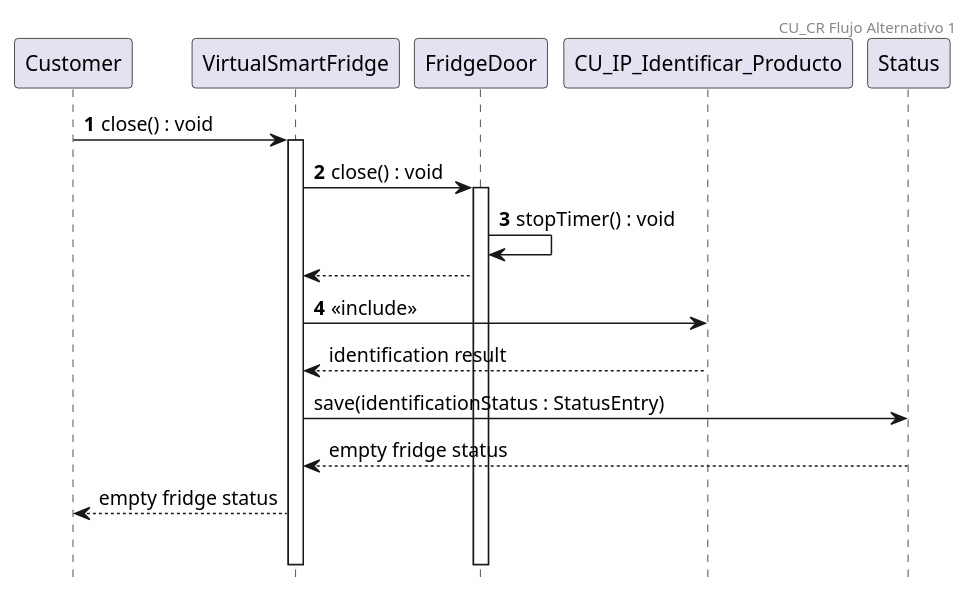
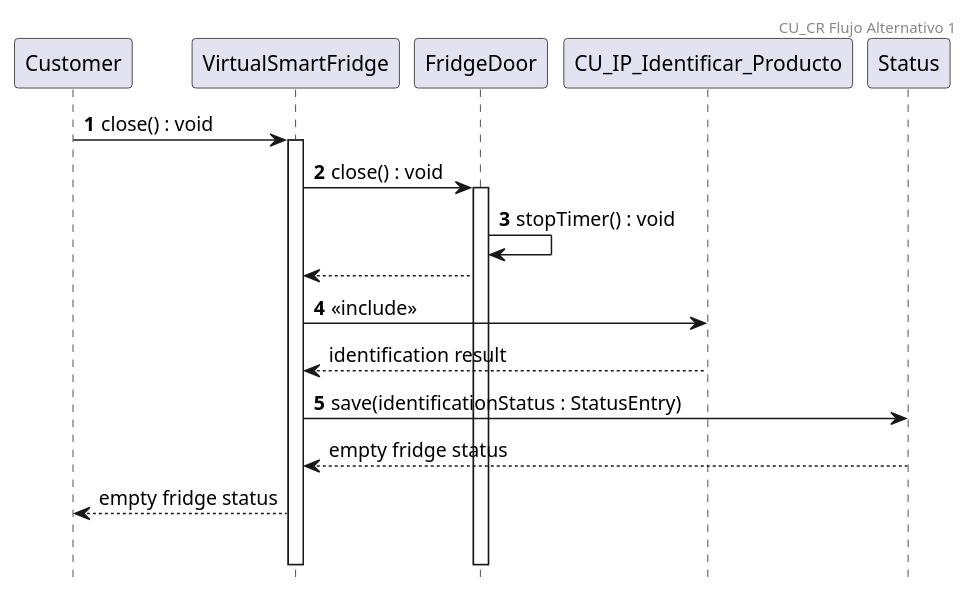
Before and after one commit to mgardos/vsfridge: the diagram in src/site/resources/uc_cr_alt1_flow.puml, drawn with PlantUML. The commit also changed 2 other files, not shown here.

Commit message:
Update sequence diagrams for use case Cerrar.

```diff
--- a/src/site/resources/uc_cr_alt1_flow.puml
+++ b/src/site/resources/uc_cr_alt1_flow.puml
@@ -1,28 +1,32 @@
 @startuml
 
 hide footbox
 header CU_CR Flujo Alternativo 1
 autonumber
 
 Customer -> VirtualSmartFridge: close() : void
 activate VirtualSmartFridge
 
 VirtualSmartFridge -> FridgeDoor : close() : void
 activate FridgeDoor
 
 FridgeDoor -> FridgeDoor : stopTimer() : void
 
 autonumber stop
 FridgeDoor --> VirtualSmartFridge
 
 autonumber resume
 VirtualSmartFridge -> CU_IP_Identificar_Producto : <<include>>
 
 autonumber stop
 CU_IP_Identificar_Producto --> VirtualSmartFridge : identification result
+
+autonumber resume
 VirtualSmartFridge -> Status : save(identificationStatus : StatusEntry)
+
+autonumber stop
 Status --> VirtualSmartFridge : empty fridge status
 VirtualSmartFridge --> Customer : empty fridge status
 |||
 
 @enduml
```
